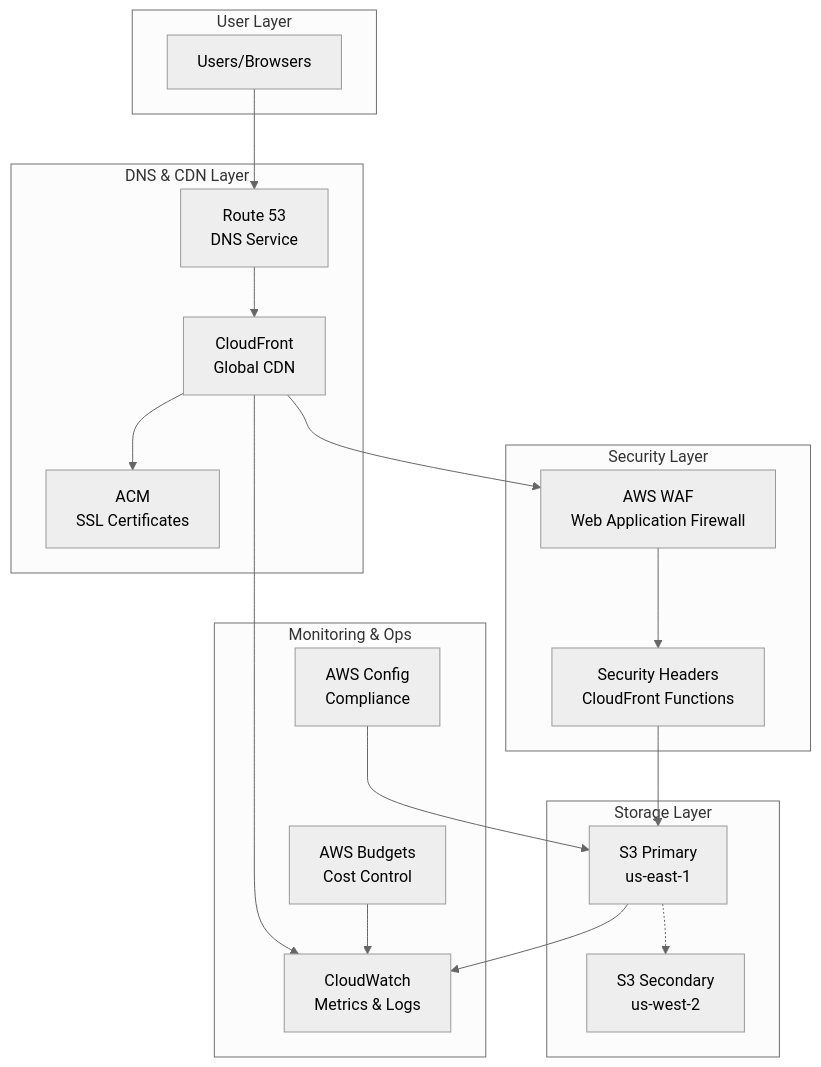
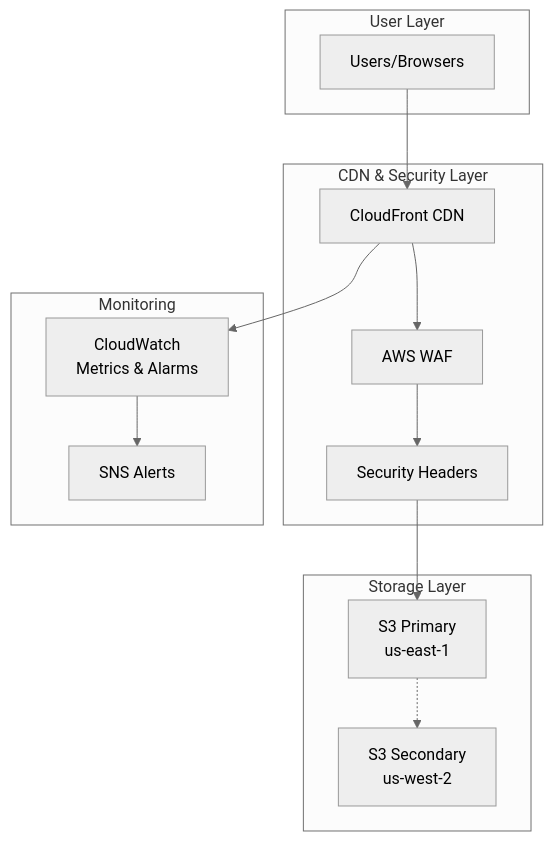
The first of 2 diagrams in README.md (Celtikill/static-site), drawn with Mermaid (neutral theme) before and after one commit. The commit also changed other lines of this file and 4 other files, not shown here.

````diff
--- a/README.md
+++ b/README.md
@@ -13,40 +13,30 @@
 ```mermaid
 graph TB
     subgraph "User Layer"
         U[Users/Browsers]
     end
     
-    subgraph "DNS & CDN Layer"
-        R53[Route 53<br/>DNS Service]
-        CF[CloudFront<br/>Global CDN]
-        ACM[ACM<br/>SSL Certificates]
-    end
-    
-    subgraph "Security Layer"
-        WAF[AWS WAF<br/>Web Application Firewall]
-        SH[Security Headers<br/>CloudFront Functions]
+    subgraph "CDN & Security Layer"
+        CF[CloudFront CDN]
+        WAF[AWS WAF]
+        SH[Security Headers]
     end
     
     subgraph "Storage Layer"
         S3P[S3 Primary<br/>us-east-1]
         S3S[S3 Secondary<br/>us-west-2]
     end
     
-    subgraph "Monitoring & Ops"
-        CW[CloudWatch<br/>Metrics & Logs]
-        CFG[AWS Config<br/>Compliance]
-        BUD[AWS Budgets<br/>Cost Control]
+    subgraph "Monitoring"
+        CW[CloudWatch<br/>Metrics & Alarms]
+        SNS[SNS Alerts]
     end
     
-    U --> R53
-    R53 --> CF
+    U --> CF
     CF --> WAF
     WAF --> SH
     SH --> S3P
     S3P -.-> S3S
-    CF --> ACM
     CF --> CW
-    S3P --> CW
-    CFG --> S3P
-    BUD --> CW
+    CW --> SNS
 ```
````
